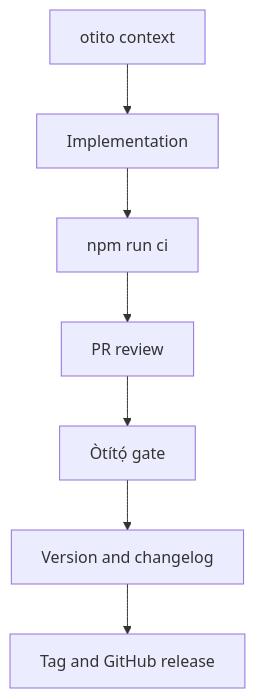
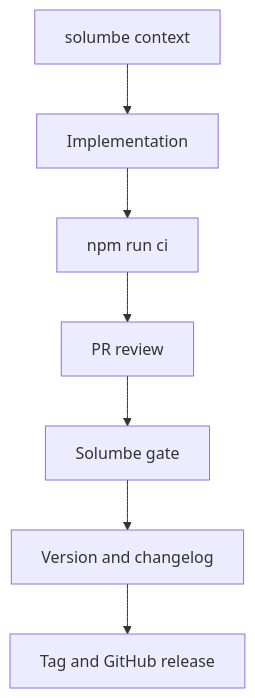
One commit to BASHBOP/otito changed the diagram in docs/04-release-readiness/README.md. Above: the diagram before and after it, drawn with Mermaid. The commit also changed other lines of this file and 198 other files, not shown here.

First line of the commit message:
refactor!: rename otito to Solumbe

````diff
--- a/docs/04-release-readiness/README.md
+++ b/docs/04-release-readiness/README.md
@@ -72,9 +72,9 @@
 ```mermaid
 flowchart TD
-    A[otito context] --> B[Implementation]
+    A[solumbe context] --> B[Implementation]
     B --> C[npm run ci]
     C --> D[PR review]
-    D --> E[Òtítọ́ gate]
+    D --> E[Solumbe gate]
     E --> F[Version and changelog]
     F --> G[Tag and GitHub release]
 ```
````
